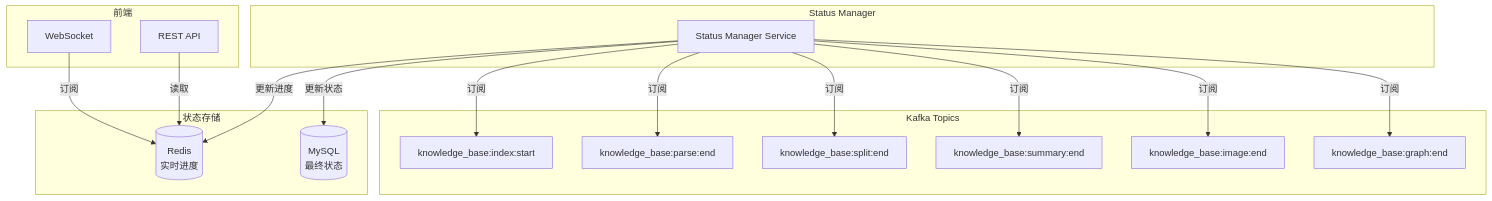
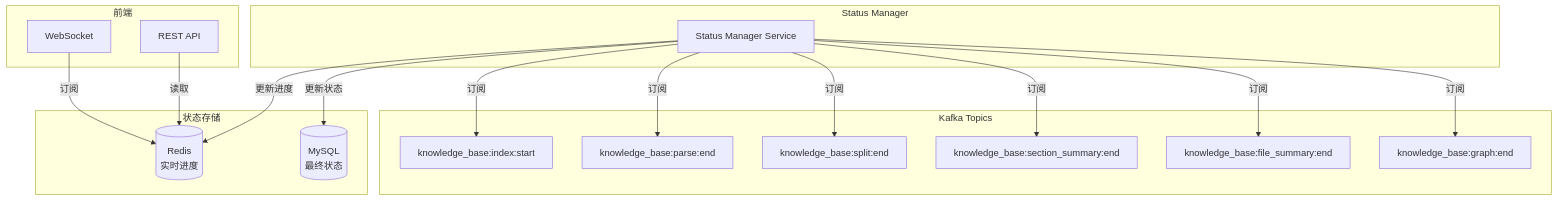
Diagram 11 of 12 in docs/通用文件和工作空间文件知识库/通用文件索引高性能架构设计.md (caixiongjiang/agentic_knowledge_system), drawn with Mermaid before and after one commit. The commit also changed other lines of this file and 3 other files, not shown here.

````diff
--- a/docs/通用文件和工作空间文件知识库/通用文件索引高性能架构设计.md
+++ b/docs/通用文件和工作空间文件知识库/通用文件索引高性能架构设计.md
@@ -1069,31 +1155,31 @@
 ```mermaid
 graph TD
     subgraph Kafka Topics
         T1[knowledge_base:index:start]
         T2[knowledge_base:parse:end]
         T3[knowledge_base:split:end]
-        T4[knowledge_base:summary:end]
-        T5[knowledge_base:image:end]
+        T4[knowledge_base:section_summary:end]
+        T5[knowledge_base:file_summary:end]
         T6[knowledge_base:graph:end]
     end
 
     subgraph Status Manager
         SM[Status Manager Service]
         SM -->|订阅| T1 & T2 & T3 & T4 & T5 & T6
     end
 
     subgraph 状态存储
         REDIS[(Redis<br/>实时进度)]
         MYSQL[(MySQL<br/>最终状态)]
     end
 
     SM -->|更新进度| REDIS
     SM -->|更新状态| MYSQL
 
     subgraph 前端
         API[REST API]
         WS[WebSocket]
         API -->|读取| REDIS
         WS -->|订阅| REDIS
     end
 ```
````
